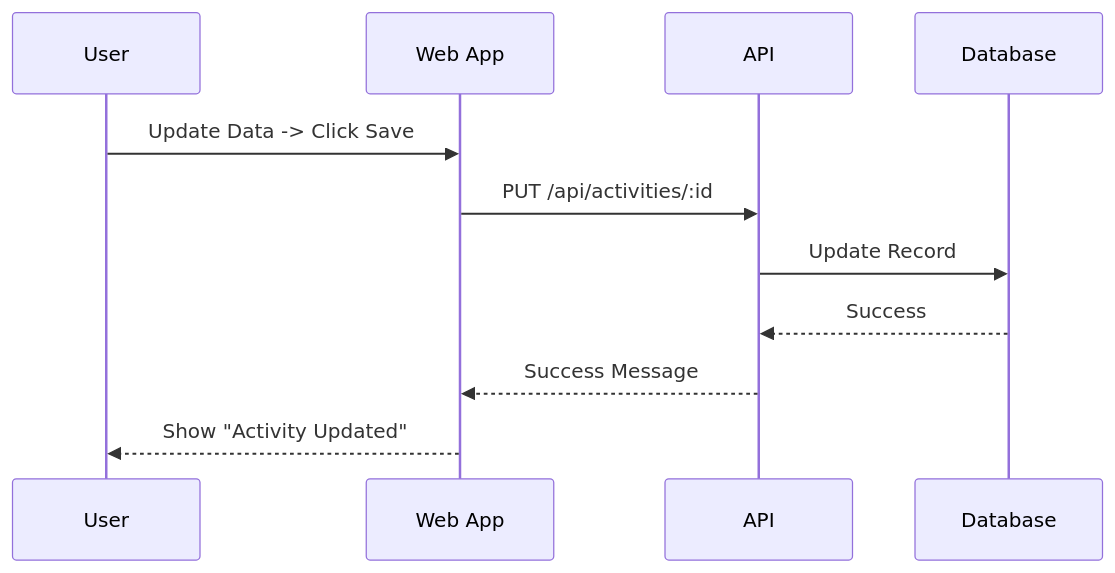
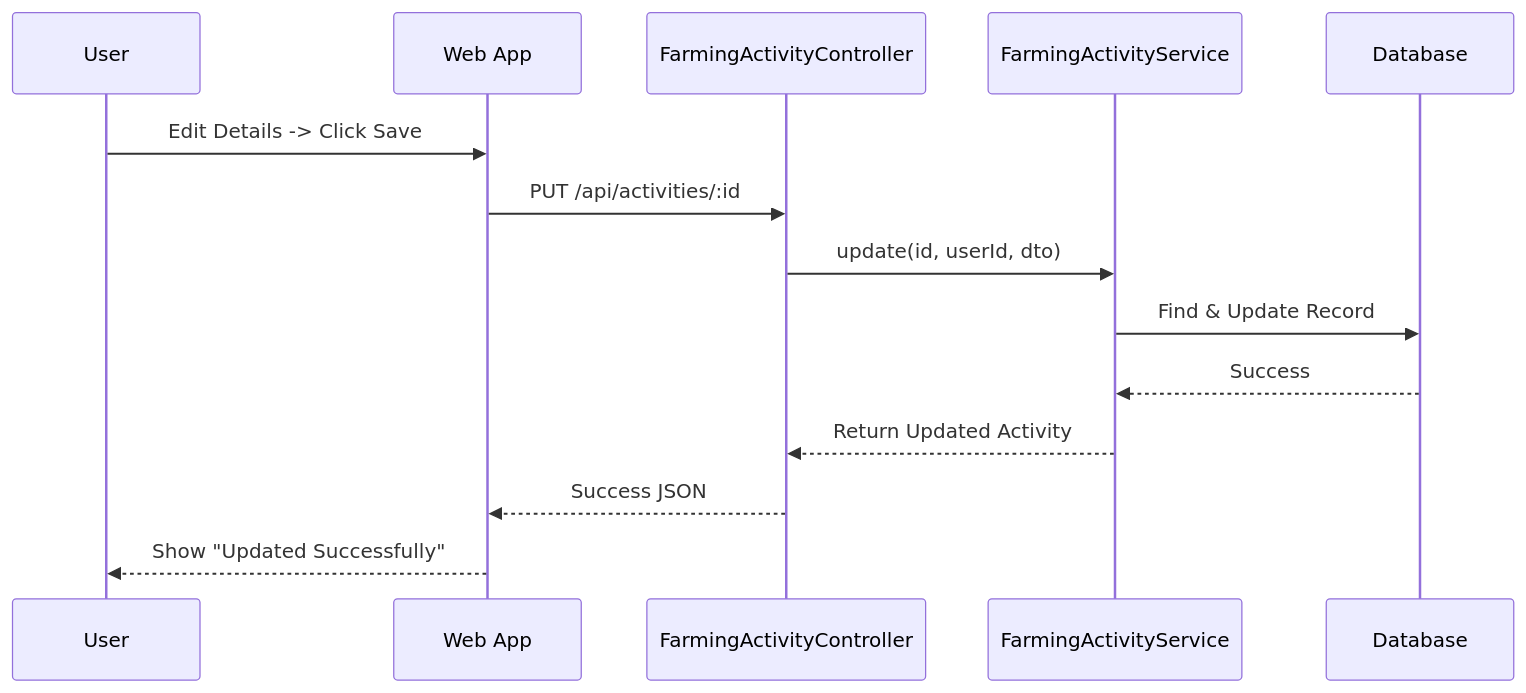
The third of 4 diagrams in DOC-TTCS/farming_activity_docs.md (duong4444/agribot-dev), drawn with Mermaid before and after one commit. The commit also changed other lines of this file and 7 other files, not shown here.

````diff
--- a/DOC-TTCS/farming_activity_docs.md
+++ b/DOC-TTCS/farming_activity_docs.md
@@ -97,14 +103,18 @@
 ```mermaid
 sequenceDiagram
     participant U as User
     participant FE as Web App
-    participant BE as API
+    participant CTL as FarmingActivityController
+    participant SVC as FarmingActivityService
     participant DB as Database
 
-    U->>FE: Update Data -> Click Save
-    FE->>BE: PUT /api/activities/:id
-    BE->>DB: Update Record
-    DB-->>BE: Success
-    BE-->>FE: Success Message
-    FE-->>U: Show "Activity Updated"
+    U->>FE: Edit Details -> Click Save
+    FE->>CTL: PUT /api/activities/:id
+    CTL->>SVC: update(id, userId, dto)
+    
+    SVC->>DB: Find & Update Record
+    DB-->>SVC: Success
+    SVC-->>CTL: Return Updated Activity
+    CTL-->>FE: Success JSON
+    FE-->>U: Show "Updated Successfully"
 ```
````
